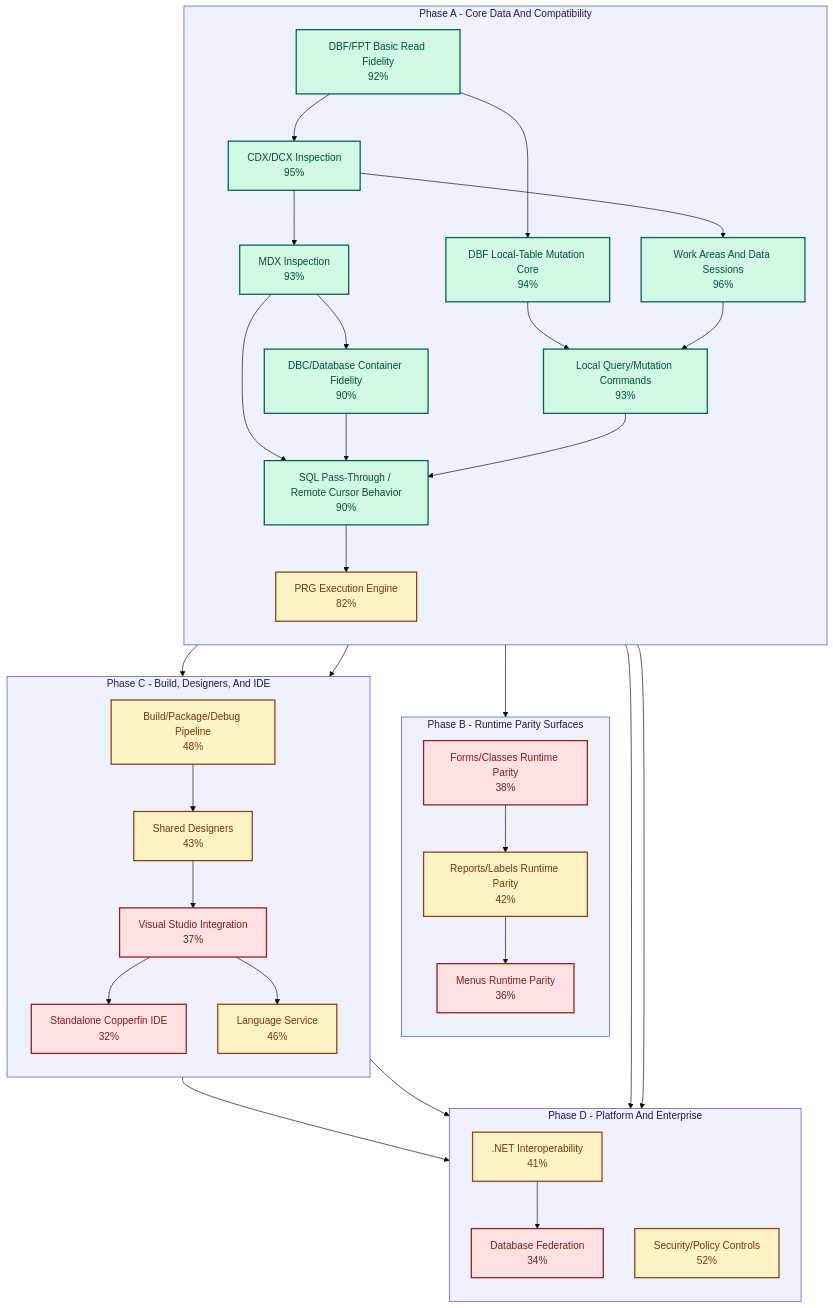
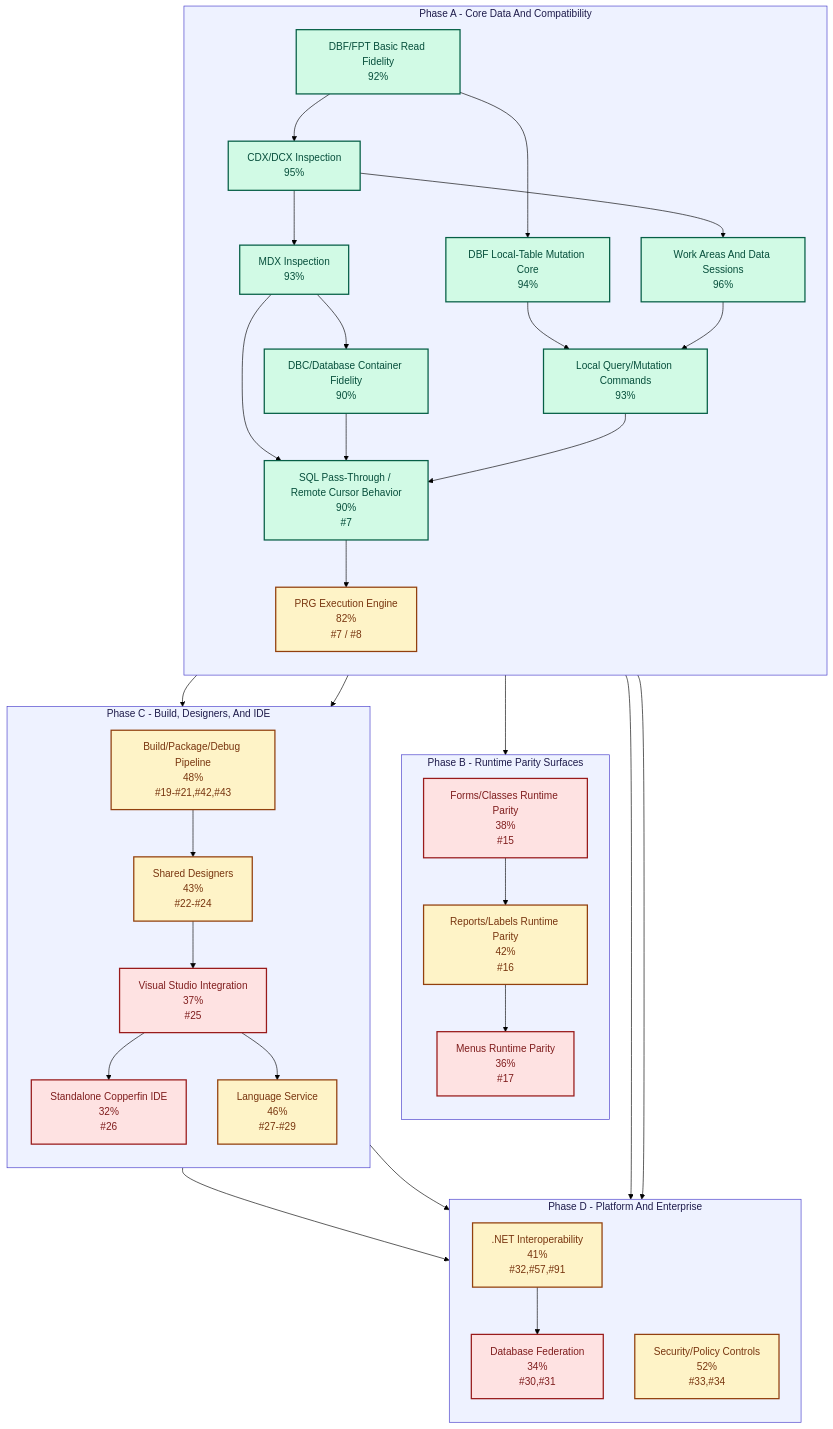
Before and after one commit to rhamenator/Project-Copperfin: the first of 2 diagrams in remaining-work.md, drawn with Mermaid (forest theme). The commit also changed other lines of this file and 2 other files, not shown here.

Commit message:
Enhance architecture documentation with detailed status metrics and add Phase A dependency breakdown

````diff
--- a/remaining-work.md
+++ b/remaining-work.md
@@ -113,67 +114,67 @@
 ```mermaid
 flowchart TD
     classDef green fill:#d1fae5,stroke:#065f46,stroke-width:2px,color:#064e3b;
     classDef amber fill:#fef3c7,stroke:#92400e,stroke-width:2px,color:#78350f;
     classDef red fill:#fee2e2,stroke:#991b1b,stroke-width:2px,color:#7f1d1d;
     classDef lane fill:#eef2ff,stroke:#4338ca,stroke-width:1px,color:#1e1b4b;
 
     subgraph PA[Phase A - Core Data And Compatibility]
         direction TB
         A1["DBF/FPT Basic Read Fidelity<br/>92%"]
         A2["DBF Local-Table Mutation Core<br/>94%"]
         A3["CDX/DCX Inspection<br/>95%"]
         A4["MDX Inspection<br/>93%"]
         A5["DBC/Database Container Fidelity<br/>90%"]
         A6["Work Areas And Data Sessions<br/>96%"]
         A7["Local Query/Mutation Commands<br/>93%"]
-        A8["SQL Pass-Through / Remote Cursor Behavior<br/>90%"]
-        A9["PRG Execution Engine<br/>82%"]
+        A8["SQL Pass-Through / Remote Cursor Behavior<br/>90%<br/>#7"]
+        A9["PRG Execution Engine<br/>82%<br/>#7 / #8"]
     end
 
     subgraph PB[Phase B - Runtime Parity Surfaces]
         direction TB
-        B1["Forms/Classes Runtime Parity<br/>38%"]
-        B2["Reports/Labels Runtime Parity<br/>42%"]
-        B3["Menus Runtime Parity<br/>36%"]
+        B1["Forms/Classes Runtime Parity<br/>38%<br/>#15"]
+        B2["Reports/Labels Runtime Parity<br/>42%<br/>#16"]
+        B3["Menus Runtime Parity<br/>36%<br/>#17"]
     end
 
     subgraph PC[Phase C - Build, Designers, And IDE]
         direction TB
-        C1["Build/Package/Debug Pipeline<br/>48%"]
-        C2["Shared Designers<br/>43%"]
-        C3["Visual Studio Integration<br/>37%"]
-        C4["Standalone Copperfin IDE<br/>32%"]
-        C5["Language Service<br/>46%"]
+        C1["Build/Package/Debug Pipeline<br/>48%<br/>#19-#21,#42,#43"]
+        C2["Shared Designers<br/>43%<br/>#22-#24"]
+        C3["Visual Studio Integration<br/>37%<br/>#25"]
+        C4["Standalone Copperfin IDE<br/>32%<br/>#26"]
+        C5["Language Service<br/>46%<br/>#27-#29"]
     end
 
     subgraph PD[Phase D - Platform And Enterprise]
         direction TB
-        D1[".NET Interoperability<br/>41%"]
-        D2["Database Federation<br/>34%"]
-        D3["Security/Policy Controls<br/>52%"]
+        D1[".NET Interoperability<br/>41%<br/>#32,#57,#91"]
+        D2["Database Federation<br/>34%<br/>#30,#31"]
+        D3["Security/Policy Controls<br/>52%<br/>#33,#34"]
     end
 
     A1 --> A2
     A1 --> A3 --> A4 --> A5
     A2 --> A7
     A3 --> A6
     A4 --> A8
     A5 --> A8
     A6 --> A7 --> A8 --> A9
 
     A9 --> B1 --> B2 --> B3
     A9 --> C1 --> C2
     C2 --> C3 --> C4
     A9 --> C5
     C3 --> C5
 
     A9 --> D1 --> D2
     A9 --> D3
     C1 --> D1
     C3 --> D3
 
     class A1,A2,A3,A4,A5,A6,A7,A8 green;
     class A9,B2,C1,C2,C5,D1,D3 amber;
     class B1,B3,C3,C4,D2 red;
     class PA,PB,PC,PD lane;
 ```
````
